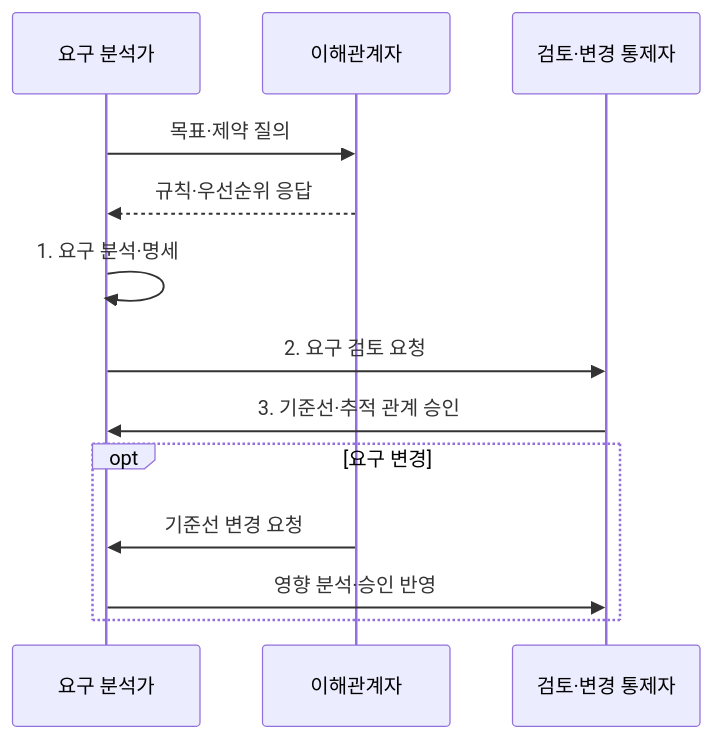
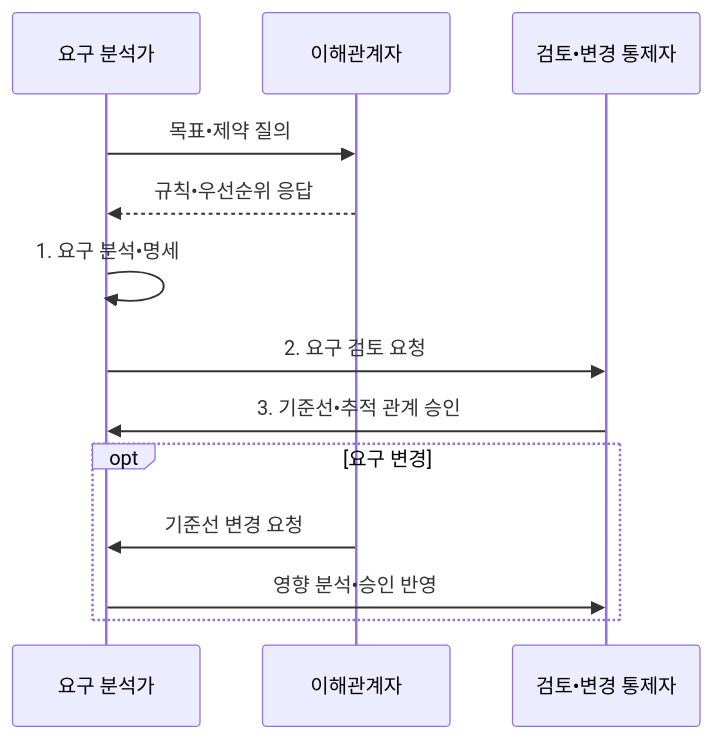
One commit to agnusdei1207/knowledge-base changed the second of 2 diagrams in src/content/docs/notes/03-software/036_requirements_analysis.md. Above: the diagram before and after it, drawn with Mermaid. The commit also changed other lines of this file and 953 other files, not shown here.

````diff
--- a/src/content/docs/notes/03-software/036_requirements_analysis.md
+++ b/src/content/docs/notes/03-software/036_requirements_analysis.md
@@ -104,15 +104,15 @@
 ```mermaid
 sequenceDiagram
     participant A as 요구 분석가
     participant S as 이해관계자
-    participant C as 검토·변경 통제자
-    A->>S: 목표·제약 질의
-    S-->>A: 규칙·우선순위 응답
-    A->>A: 1. 요구 분석·명세
+    participant C as 검토•변경 통제자
+    A->>S: 목표•제약 질의
+    S-->>A: 규칙•우선순위 응답
+    A->>A: 1. 요구 분석•명세
     A->>C: 2. 요구 검토 요청
-    C->>A: 3. 기준선·추적 관계 승인
+    C->>A: 3. 기준선•추적 관계 승인
     opt 요구 변경
         S->>A: 기준선 변경 요청
-        A->>C: 영향 분석·승인 반영
+        A->>C: 영향 분석•승인 반영
     end
 ```
````
